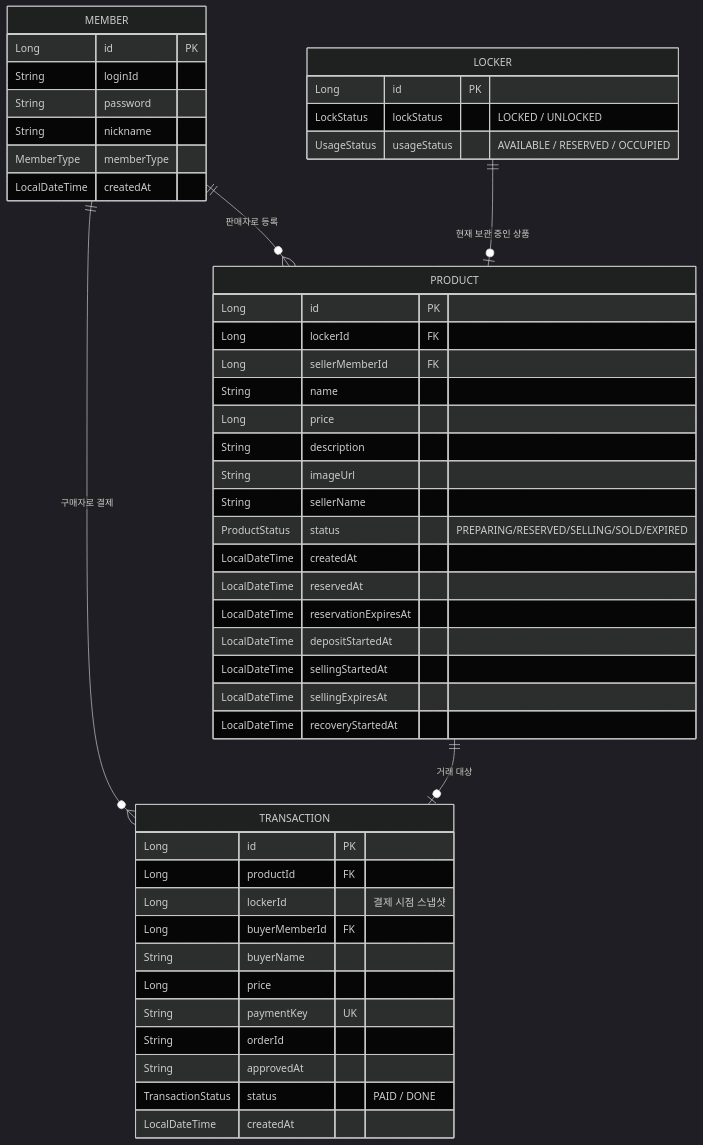
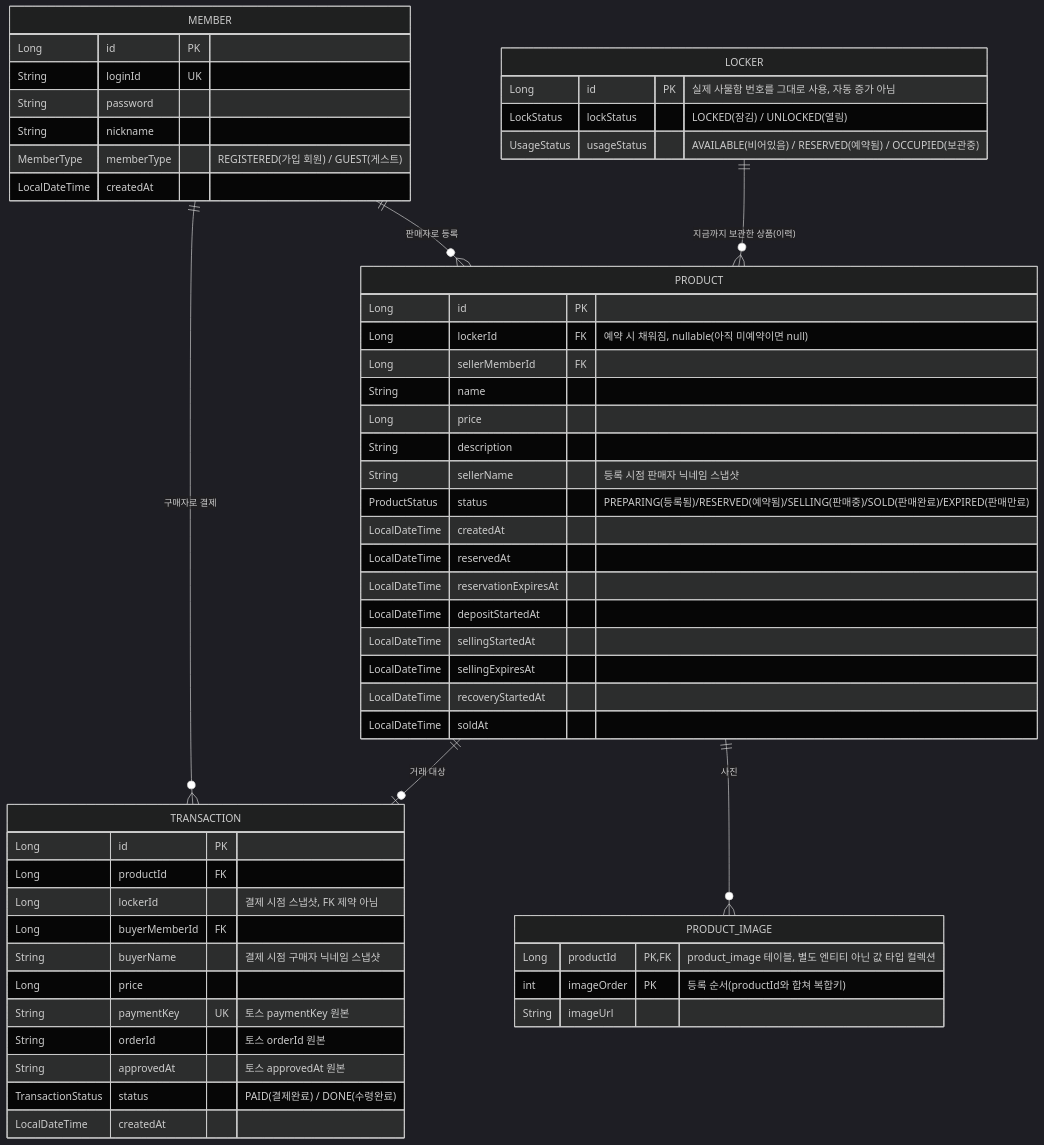
Before and after one commit to softeerbootcamp-8th/HACKATHON-TEAM9-KIRIN: the diagram in README.md, drawn with Mermaid (dark theme). The commit also changed other lines of this file, not shown here.

Commit message:
[ALL] docs: ERD를 실제 엔티티 구조에 맞게 갱신
soldAt 필드, product_image 컬렉션 테이블(PRODUCT_IMAGE)이 빠져 있었고
LOCKER-PRODUCT 관계도 실제로는 1:N(이력)인데 1:1로 잘못 그려져 있었다.
status류 enum은 값마다 뜻을 괄호로 달았고, FK가 실제 DB 제약이 아니라는
점과 lockerId가 판매완료 후에는 안 지워진다는 점(#126)도 문구로 남겼다.

````diff
--- a/README.md
+++ b/README.md
@@ -46,55 +46,62 @@
 ```mermaid
 erDiagram
     MEMBER ||--o{ PRODUCT : "판매자로 등록"
     MEMBER ||--o{ TRANSACTION : "구매자로 결제"
-    LOCKER ||--o| PRODUCT : "현재 보관 중인 상품"
+    LOCKER ||--o{ PRODUCT : "지금까지 보관한 상품(이력)"
     PRODUCT ||--o| TRANSACTION : "거래 대상"
+    PRODUCT ||--o{ PRODUCT_IMAGE : "사진"
 
     MEMBER {
         Long id PK
-        String loginId
+        String loginId UK
         String password
         String nickname
-        MemberType memberType
+        MemberType memberType "REGISTERED(가입 회원) / GUEST(게스트)"
         LocalDateTime createdAt
     }
 
     LOCKER {
-        Long id PK
-        LockStatus lockStatus "LOCKED / UNLOCKED"
-        UsageStatus usageStatus "AVAILABLE / RESERVED / OCCUPIED"
+        Long id PK "실제 사물함 번호를 그대로 사용, 자동 증가 아님"
+        LockStatus lockStatus "LOCKED(잠김) / UNLOCKED(열림)"
+        UsageStatus usageStatus "AVAILABLE(비어있음) / RESERVED(예약됨) / OCCUPIED(보관중)"
     }
 
     PRODUCT {
         Long id PK
-        Long lockerId FK
+        Long lockerId FK "예약 시 채워짐, nullable(아직 미예약이면 null)"
         Long sellerMemberId FK
         String name
         Long price
         String description
-        String imageUrl
-        String sellerName
-        ProductStatus status "PREPARING/RESERVED/SELLING/SOLD/EXPIRED"
+        String sellerName "등록 시점 판매자 닉네임 스냅샷"
+        ProductStatus status "PREPARING(등록됨)/RESERVED(예약됨)/SELLING(판매중)/SOLD(판매완료)/EXPIRED(판매만료)"
         LocalDateTime createdAt
         LocalDateTime reservedAt
         LocalDateTime reservationExpiresAt
         LocalDateTime depositStartedAt
         LocalDateTime sellingStartedAt
         LocalDateTime sellingExpiresAt
         LocalDateTime recoveryStartedAt
+        LocalDateTime soldAt
+    }
+
+    PRODUCT_IMAGE {
+        Long productId PK,FK "product_image 테이블, 별도 엔티티 아닌 값 타입 컬렉션"
+        int imageOrder PK "등록 순서(productId와 합쳐 복합키)"
+        String imageUrl
     }
 
     TRANSACTION {
         Long id PK
         Long productId FK
-        Long lockerId "결제 시점 스냅샷"
+        Long lockerId "결제 시점 스냅샷, FK 제약 아님"
         Long buyerMemberId FK
-        String buyerName
+        String buyerName "결제 시점 구매자 닉네임 스냅샷"
         Long price
-        String paymentKey UK
-        String orderId
-        String approvedAt
-        TransactionStatus status "PAID / DONE"
+        String paymentKey UK "토스 paymentKey 원본"
+        String orderId "토스 orderId 원본"
+        String approvedAt "토스 approvedAt 원본"
+        TransactionStatus status "PAID(결제완료) / DONE(수령완료)"
         LocalDateTime createdAt
     }
 ```
````
